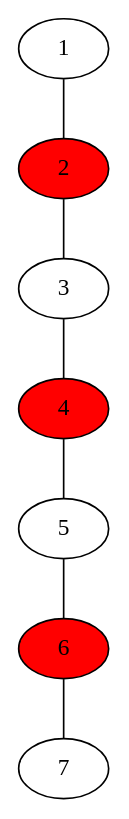
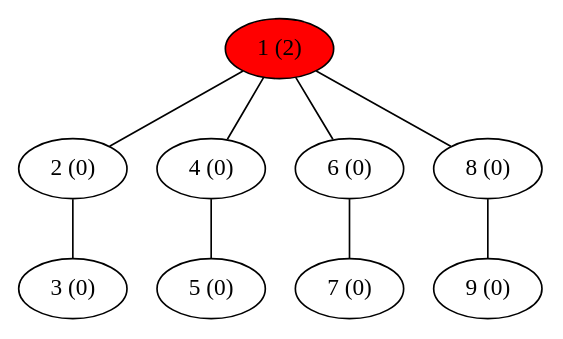
The diagram in GraphDomApp/GraphDomApp/MyGraph.gv (brimst0ne/vkr), drawn with Graphviz before and after one commit. The commit also changed 61 other files, not shown here.

```diff
--- a/GraphDomApp/GraphDomApp/MyGraph.gv
+++ b/GraphDomApp/GraphDomApp/MyGraph.gv
@@ -1,18 +1,29 @@
 graph MyGraph {
 	1;
 	2;
 	3;
 	4;
 	5;
 	6;
 	7;
+	8;
+	9;
 	1 -- 2;
+	1 -- 4;
+	1 -- 6;
+	1 -- 8;
 	2 -- 3;
-	3 -- 4;
 	4 -- 5;
-	5 -- 6;
 	6 -- 7;
-    2 [style=filled, fillcolor=red];
-    4 [style=filled, fillcolor=red];
-    6 [style=filled, fillcolor=red];
+	8 -- 9;
+	1 [label="1 (2)"];
+	2 [label="2 (0)"];
+	3 [label="3 (0)"];
+	4 [label="4 (0)"];
+	5 [label="5 (0)"];
+	6 [label="6 (0)"];
+	7 [label="7 (0)"];
+	8 [label="8 (0)"];
+	9 [label="9 (0)"];
+    1 [style=filled, fillcolor=red];
 }
```
